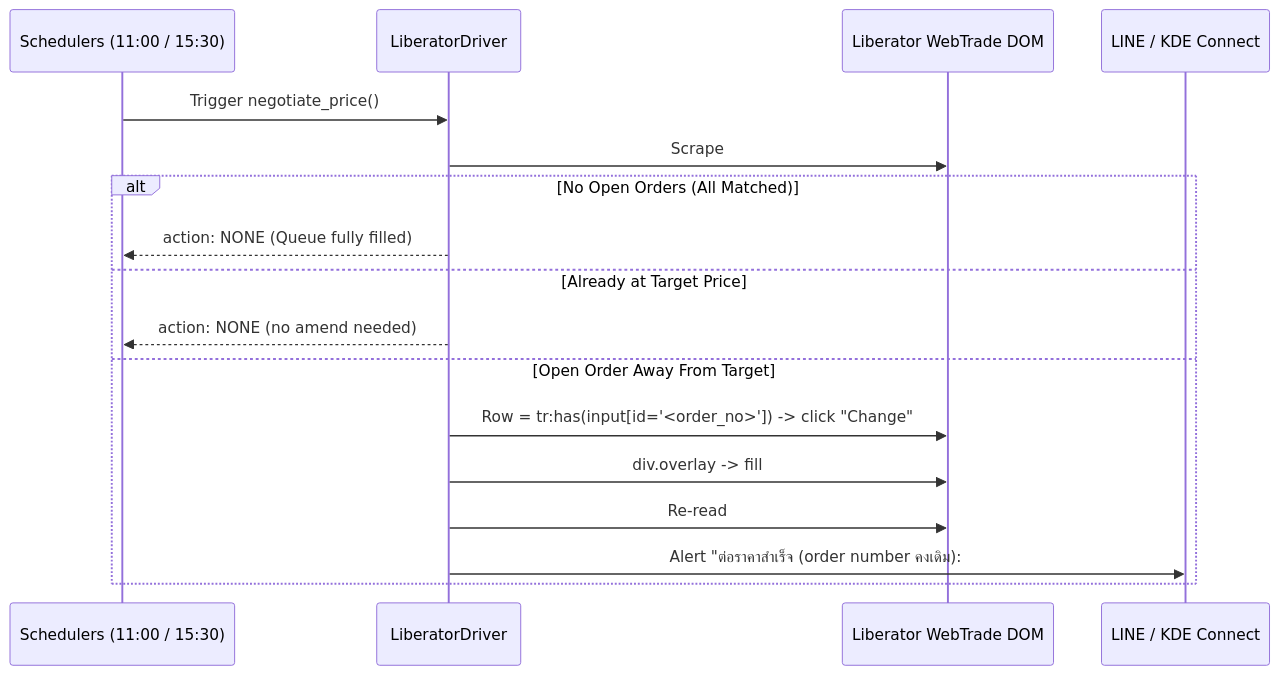
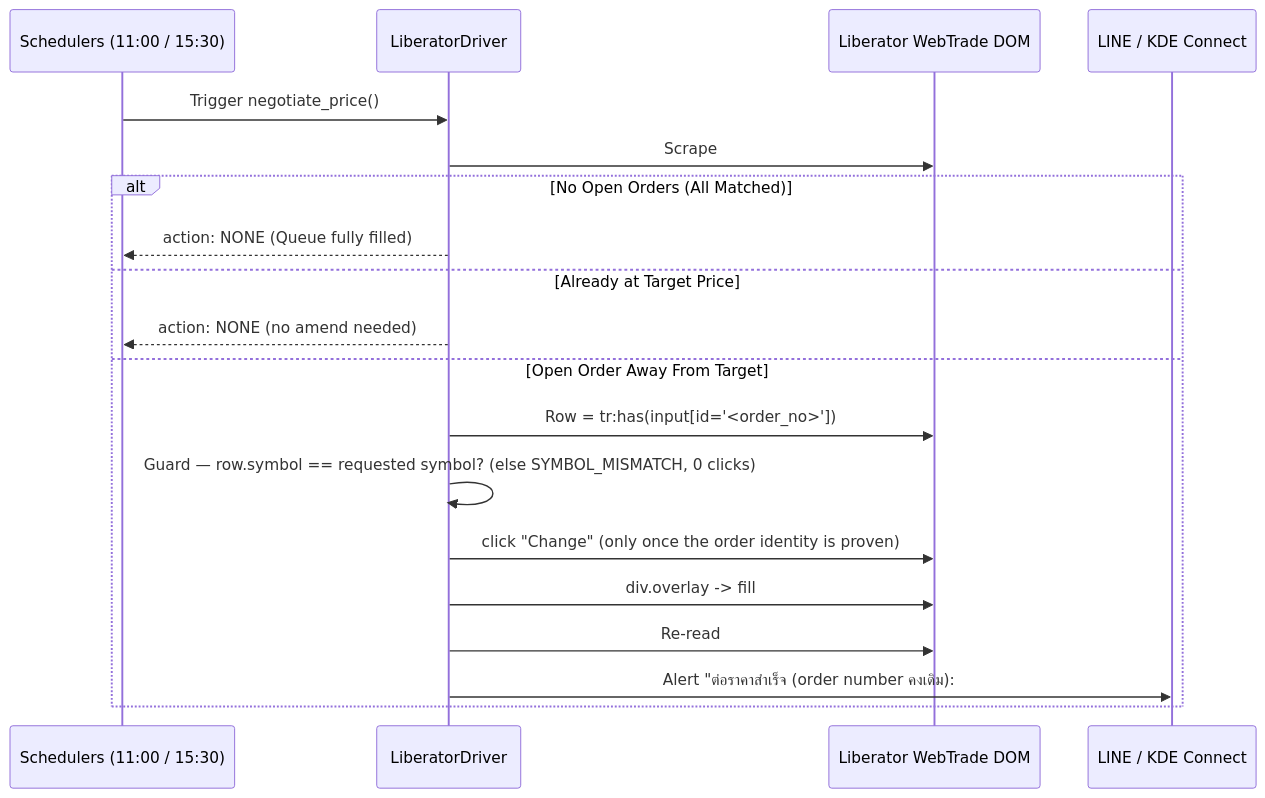
Before and after one commit to kaiaraya/investment-homelab: the second of 2 diagrams in learned_workflows/liberator/liberator_portfolio.md, drawn with Mermaid. The commit also changed other lines of this file and 19 other files, not shown here.

````diff
--- a/learned_workflows/liberator/liberator_portfolio.md
+++ b/learned_workflows/liberator/liberator_portfolio.md
@@ -130,20 +130,22 @@
 ```mermaid
 sequenceDiagram
     participant Timer as Schedulers (11:00 / 15:30)
     participant Driver as LiberatorDriver
     participant WebTrade as Liberator WebTrade DOM
     participant Phone as LINE / KDE Connect
 
     Timer->>Driver: Trigger negotiate_price()
     Driver->>WebTrade: Scrape #OrderTableList for Open/Queued orders
     alt No Open Orders (All Matched)
         Driver-->>Timer: action: NONE (Queue fully filled)
     else Already at Target Price
         Driver-->>Timer: action: NONE (no amend needed)
     else Open Order Away From Target
-        Driver->>WebTrade: Row = tr:has(input[id='<order_no>']) -> click "Change"
+        Driver->>WebTrade: Row = tr:has(input[id='<order_no>'])
+        Driver->>Driver: Guard — row.symbol == requested symbol? (else SYMBOL_MISMATCH, 0 clicks)
+        Driver->>WebTrade: click "Change" (only once the order identity is proven)
         Driver->>WebTrade: div.overlay -> fill #price (scoped!) + #pin -> #confirmDialogActiveButton
         Driver->>WebTrade: Re-read #OrderTableList -> verify SAME order_no + new price
         Driver->>Phone: Alert "ต่อราคาสำเร็จ (order number คงเดิม): #11894 ฿12.00 -> ฿11.70"
     end
 ```
````
